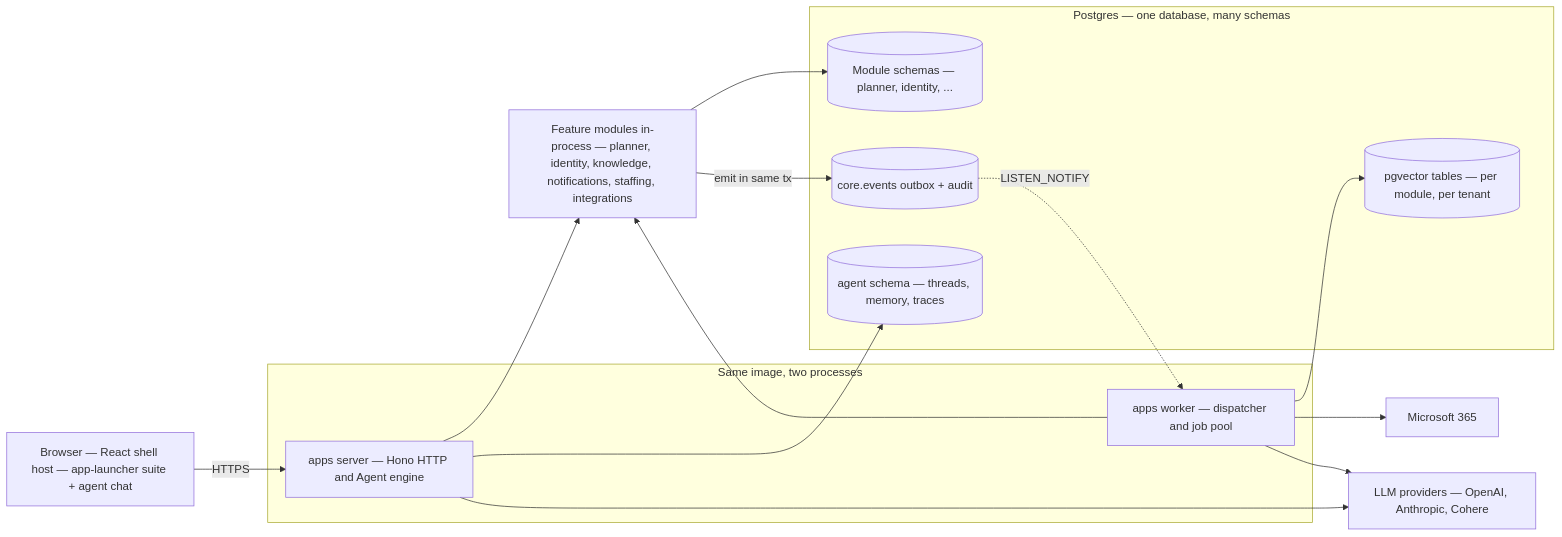
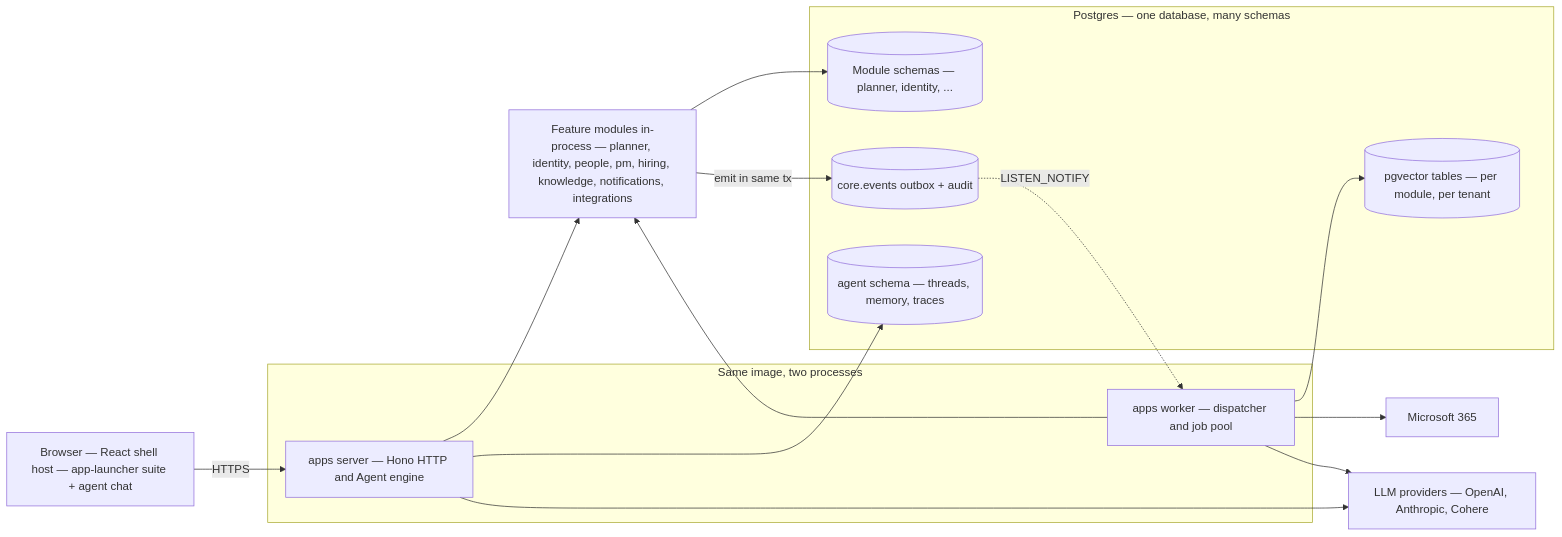
The first of 8 diagrams in docs/platform/architecture.md (Seta-International/agent-platform), drawn with Mermaid before and after one commit. The commit also changed other lines of this file and 7 other files, not shown here.

First line of the commit message:
docs(platform): FUT-000 sync architecture docs to current module map + chat runtime

````diff
--- a/docs/platform/architecture.md
+++ b/docs/platform/architecture.md
@@ -13,33 +13,33 @@
 ```mermaid
 flowchart LR
     Browser[Browser — React shell host — app-launcher suite + agent chat]
 
     subgraph Runtime[Same image, two processes]
       Server[apps server — Hono HTTP and Agent engine]
       Worker[apps worker — dispatcher and job pool]
     end
 
-    Modules[Feature modules in-process — planner, identity, knowledge, notifications, staffing, integrations]
+    Modules[Feature modules in-process — planner, identity, people, pm, hiring, knowledge, notifications, integrations]
 
     subgraph PG[Postgres — one database, many schemas]
       ModSchemas[(Module schemas — planner, identity, ...)]
       Outbox[(core.events outbox + audit)]
       Vec[(pgvector tables — per module, per tenant)]
       Cop[(agent schema — threads, memory, traces)]
     end
 
     LLM[LLM providers — OpenAI, Anthropic, Cohere]
     M365[Microsoft 365]
 
     Browser -->|HTTPS| Server
     Server --> Modules
     Modules --> ModSchemas
     Modules -->|emit in same tx| Outbox
     Outbox -.->|LISTEN_NOTIFY| Worker
     Worker --> Modules
     Worker --> Vec
     Worker --> M365
     Server --> Cop
     Server --> LLM
     Worker --> LLM
 ```
````
